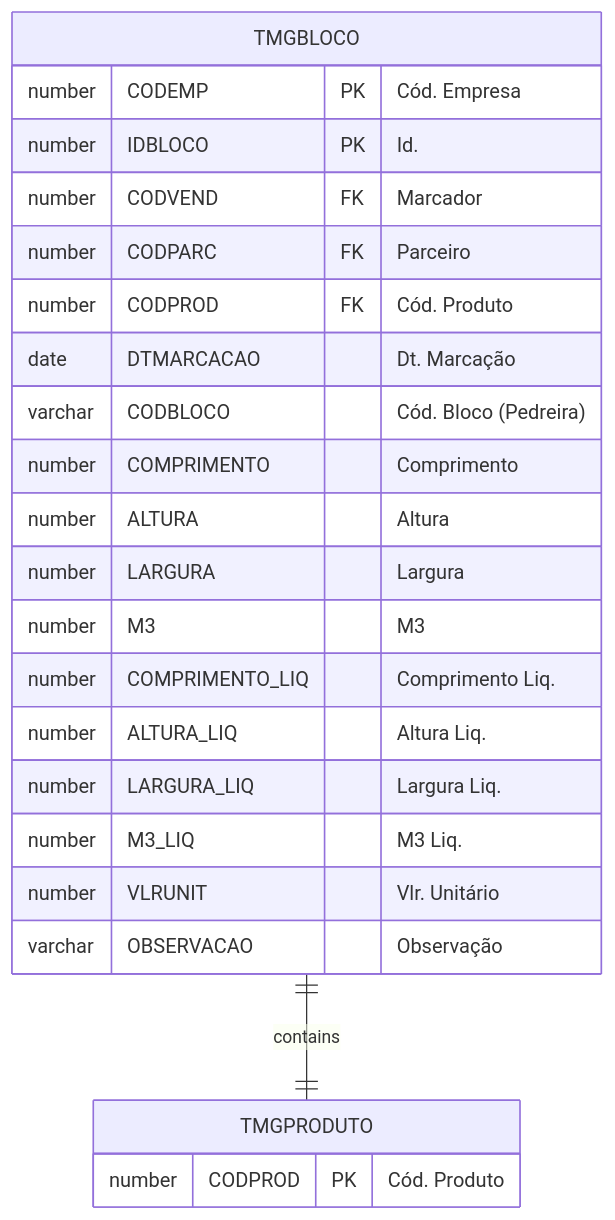
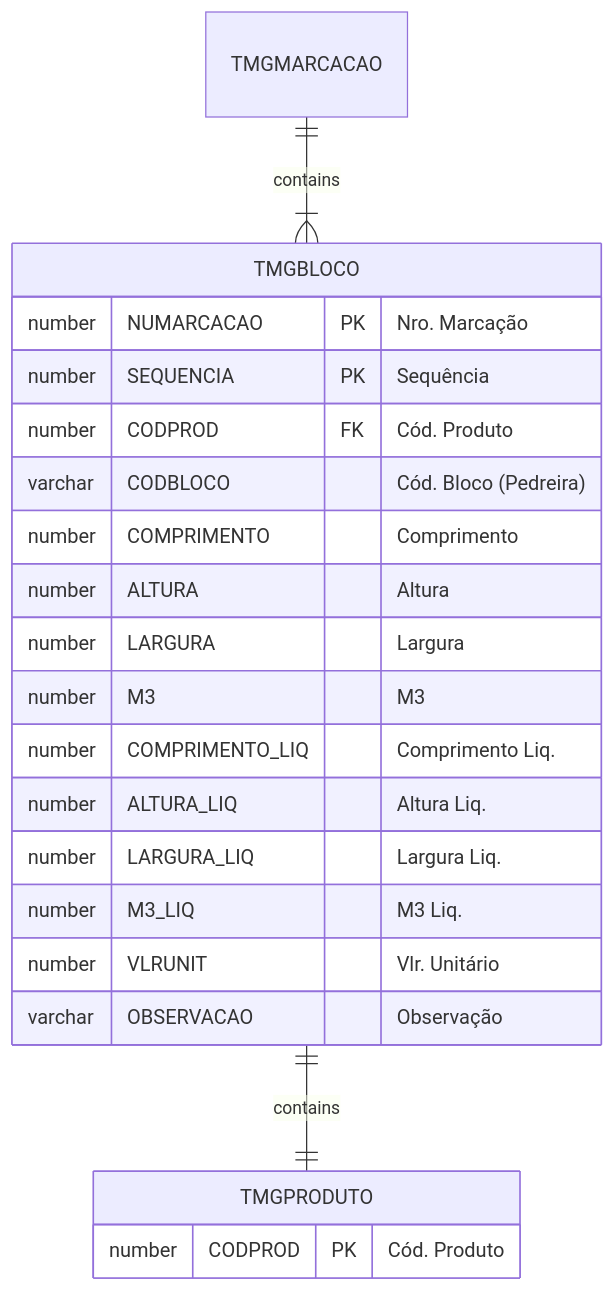
The first of 2 diagrams in docs/_database/TMGBLOCO.md (cbmsoft/margrandocs), drawn with Mermaid before and after one commit. The commit also changed other lines of this file and 121 other files, not shown here.

````diff
--- a/docs/_database/TMGBLOCO.md
+++ b/docs/_database/TMGBLOCO.md
@@ -27,27 +27,25 @@
 ```mermaid
 erDiagram
+    TMGMARCACAO ||--|{ TMGBLOCO : contains
     TMGBLOCO ||--|| TMGPRODUTO : contains
 
     TMGBLOCO {
-        number CODEMP PK "Cód. Empresa"
-        number IDBLOCO PK "Id."
-        number CODVEND FK "Marcador"
-        number CODPARC FK "Parceiro"
+        number NUMARCACAO PK "Nro. Marcação"
+        number SEQUENCIA PK "Sequência"
         number CODPROD FK "Cód. Produto"
-        date DTMARCACAO "Dt. Marcação"
         varchar CODBLOCO "Cód. Bloco (Pedreira)"
         number COMPRIMENTO "Comprimento"
         number ALTURA "Altura"
         number LARGURA "Largura"
         number M3 "M3"
         number COMPRIMENTO_LIQ "Comprimento Liq."
         number ALTURA_LIQ "Altura Liq."
         number LARGURA_LIQ "Largura Liq."
         number M3_LIQ "M3 Liq."
         number VLRUNIT "Vlr. Unitário"
         varchar OBSERVACAO "Observação"
     }
     TMGPRODUTO {
         number CODPROD PK "Cód. Produto"
     }
 ```
````
